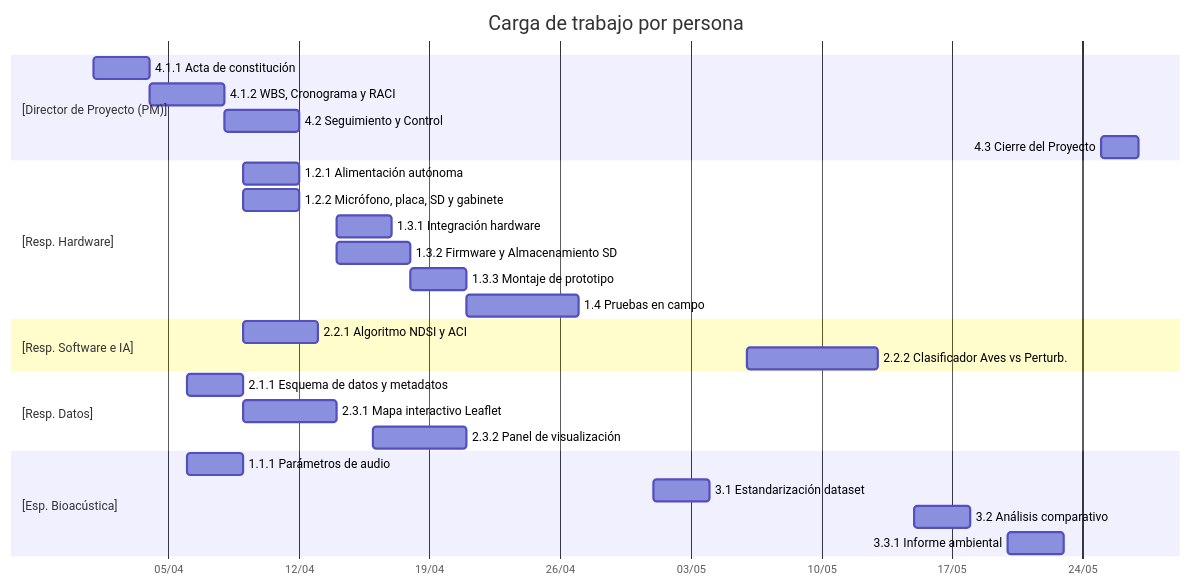
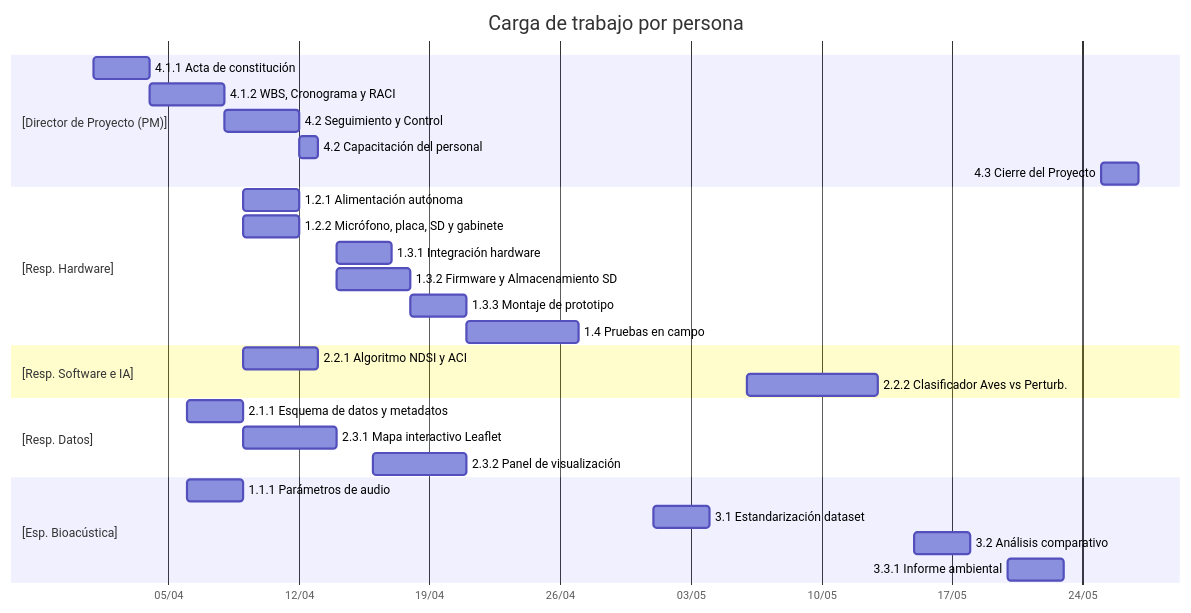
Before and after one commit to fatimalunazzz/GestionProyecto: the diagram in asignacion-recursosREVISAR.md, drawn with Mermaid.

````diff
--- a/asignacion-recursosREVISAR.md
+++ b/asignacion-recursosREVISAR.md
@@ -46,35 +46,36 @@
 ```mermaid
 gantt
     title Carga de trabajo por persona
     dateFormat YYYY-MM-DD
     axisFormat %d/%m
 
     section [Director de Proyecto (PM)]
     4.1.1 Acta de constitución           :p0t1, 2026-04-01, 3d
     4.1.2 WBS, Cronograma y RACI          :p0t2, after p0t1, 4d
     4.2 Seguimiento y Control             :p0t3, after p0t2, 4d
-    4.3 Cierre del Proyecto               :p0t4, 2026-05-25, 2d
+    4.2 Capacitación del personal         :p0t4, after p0t3, 1d
+    4.3 Cierre del Proyecto               :p0t5, 2026-05-25, 2d
 
     section [Resp. Hardware]
     1.2.1 Alimentación autónoma           :p1t1, 2026-04-09, 3d
     1.2.2 Micrófono, placa, SD y gabinete :p1t2, 2026-04-09, 3d
     1.3.1 Integración hardware            :p1t3, 2026-04-14, 3d
     1.3.2 Firmware y Almacenamiento SD    :p1t4, 2026-04-14, 4d
     1.3.3 Montaje de prototipo            :p1t5, after p1t4, 3d
     1.4 Pruebas en campo                  :p1t6, after p1t5, 6d
 
     section [Resp. Software e IA]
     2.2.1 Algoritmo NDSI y ACI            :p2t1, 2026-04-09, 4d
     2.2.2 Clasificador Aves vs Perturb.   :p2t2, 2026-05-06, 7d
 
     section [Resp. Datos]
     2.1.1 Esquema de datos y metadatos    :p3t1, 2026-04-06, 3d
     2.3.1 Mapa interactivo Leaflet        :p3t2, 2026-04-09, 5d
     2.3.2 Panel de visualización          :p3t3, 2026-04-16, 5d
 
     section [Esp. Bioacústica]
     1.1.1 Parámetros de audio             :p4t1, 2026-04-06, 3d
     3.1 Estandarización dataset           :p4t2, 2026-05-01, 3d
     3.2 Análisis comparativo              :p4t3, 2026-05-15, 3d
     3.3.1 Informe ambiental               :p4t4, 2026-05-20, 3d
 ```
````
